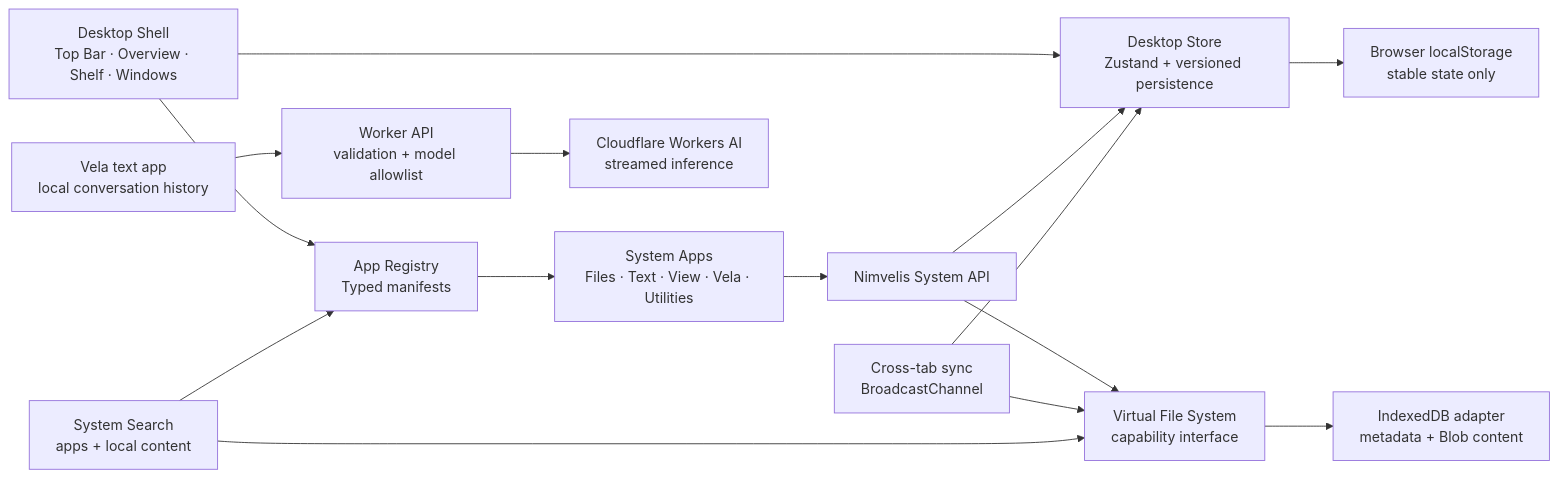
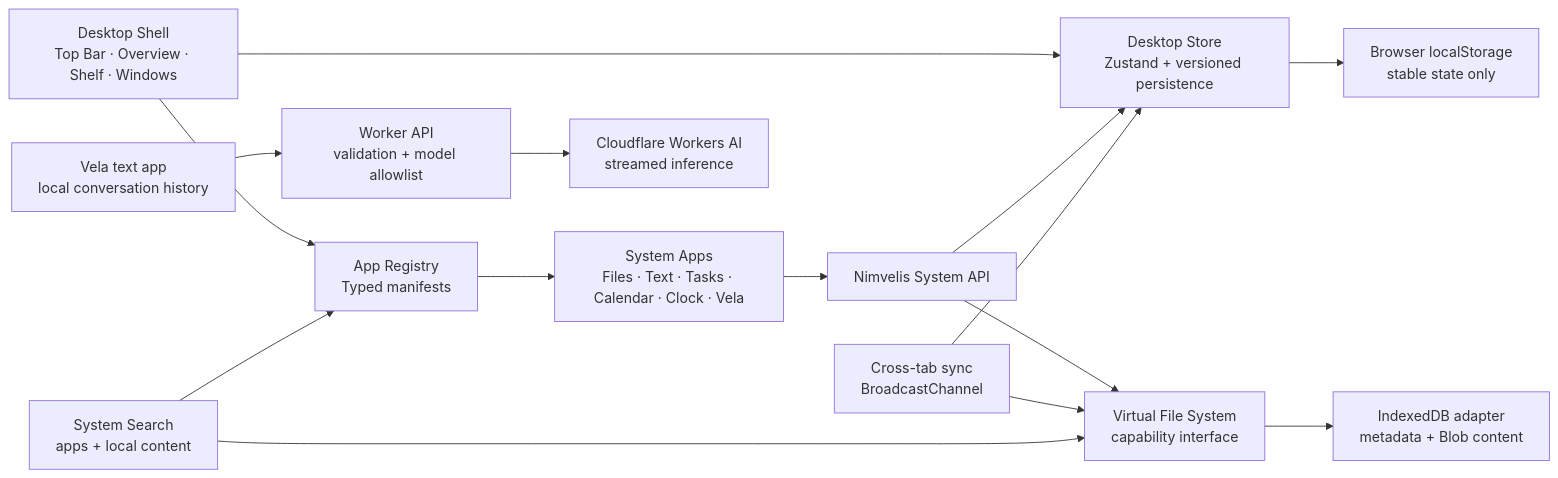
The diagram in docs/architecture.md (chatgptuk/nimvelis), drawn with Mermaid before and after one commit. The commit also changed other lines of this file and 30 other files, not shown here.

Commit message:
Add Aurora 0.5 productivity apps and system settings

````diff
--- a/docs/architecture.md
+++ b/docs/architecture.md
@@ -9,17 +9,17 @@
 ```mermaid
 flowchart LR
   Shell["Desktop Shell\nTop Bar · Overview · Shelf · Windows"] --> Store["Desktop Store\nZustand + versioned persistence"]
   Shell --> Registry["App Registry\nTyped manifests"]
-  Registry --> Apps["System Apps\nFiles · Text · View · Vela · Utilities"]
+  Registry --> Apps["System Apps\nFiles · Text · Tasks · Calendar · Clock · Vela"]
   Apps --> API["Nimvelis System API"]
   API --> Store
   Store --> Persistence["Browser localStorage\nstable state only"]
   API --> VFS["Virtual File System\ncapability interface"]
   VFS --> IndexedDB["IndexedDB adapter\nmetadata + Blob content"]
   Sync["Cross-tab sync\nBroadcastChannel"] --> Store
   Sync --> VFS
   Search["System Search\napps + local content"] --> Registry
   Search --> VFS
   Vela["Vela text app\nlocal conversation history"] --> Worker["Worker API\nvalidation + model allowlist"]
   Worker --> AI["Cloudflare Workers AI\nstreamed inference"]
 ```
````
